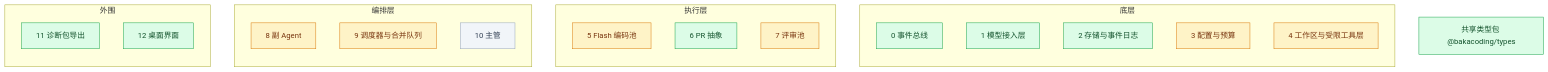
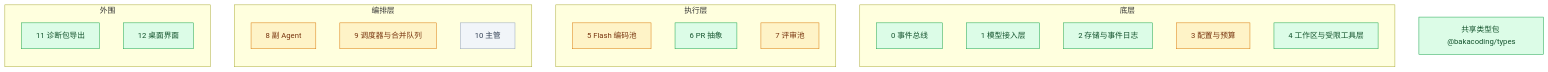
The diagram in docs/progress.md (Akarin7784/BakaCoding), drawn with Mermaid before and after one commit. The commit also changed other lines of this file, not shown here.

Commit message:
docs: progress.md 更新 #44（T-011）合入记录与 main 测试数；模块 4 完成

````diff
--- a/docs/progress.md
+++ b/docs/progress.md
@@ -11,33 +11,33 @@
 ```mermaid
 flowchart BT
   subgraph 底层
     M0[0 事件总线]
     M1[1 模型接入层]
     M2[2 存储与事件日志]
     M3[3 配置与预算]
     M4[4 工作区与受限工具层]
   end
   subgraph 执行层
     M5[5 Flash 编码池]
     M6[6 PR 抽象]
     M7[7 评审池]
   end
   subgraph 编排层
     M8[8 副 Agent]
     M9[9 调度器与合并队列]
     M10[10 主管]
   end
   subgraph 外围
     M11[11 诊断包导出]
     M12[12 桌面界面]
   end
   T[共享类型包 @bakacoding/types]
 
   classDef todo fill:#f1f5f9,stroke:#94a3b8,color:#334155
   classDef doing fill:#fef3c7,stroke:#d97706,color:#78350f
   classDef done fill:#dcfce7,stroke:#16a34a,color:#14532d
 
-  class M0,M1,M2,M6,M11,M12,T done
-  class M3,M4,M5,M7,M8,M9 doing
+  class M0,M1,M2,M4,M6,M11,M12,T done
+  class M3,M5,M7,M8,M9 doing
   class M10 todo
 ```
````
